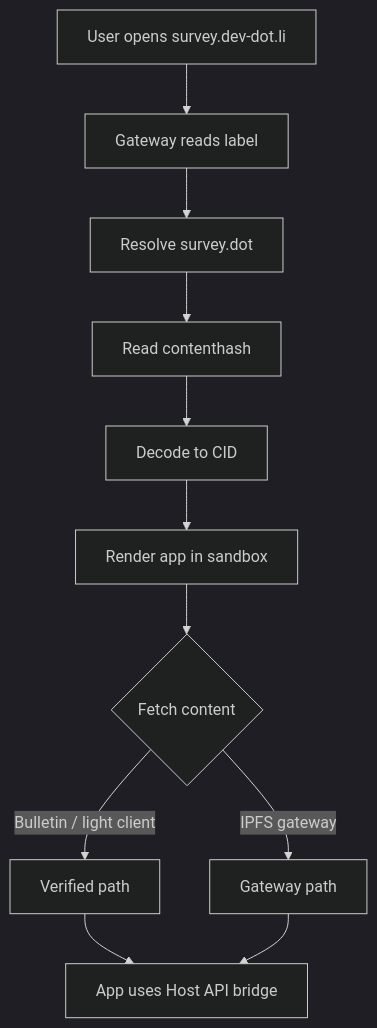
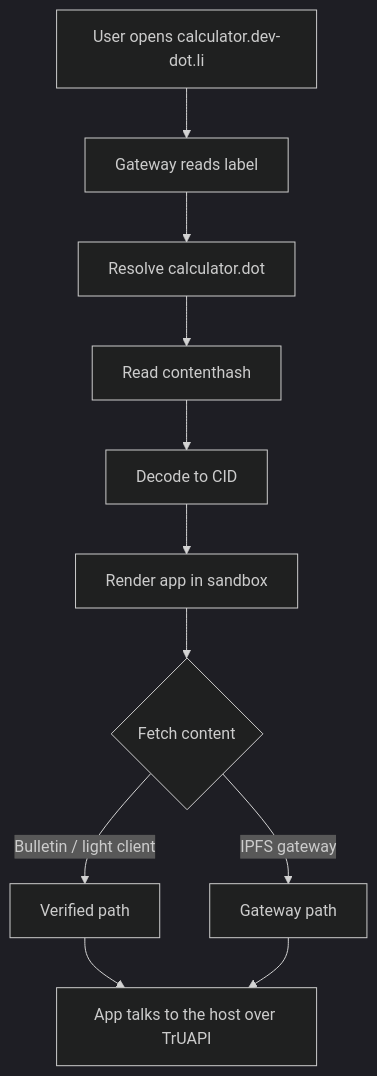
Before and after one commit to Polkadot-Community-Foundation/polkadot-app-docs: the second of 2 diagrams in docs/architecture/app-delivery.md, drawn with Mermaid (dark theme). The commit also changed other lines of this file and 42 other files, not shown here.

````diff
--- a/docs/architecture/app-delivery.md
+++ b/docs/architecture/app-delivery.md
@@ -91,13 +87,13 @@
 ```mermaid
 flowchart TD
-  U[User opens survey.dev-dot.li] --> H[Gateway reads label]
-  H --> R[Resolve survey.dot]
+  U[User opens calculator.dev-dot.li] --> H[Gateway reads label]
+  H --> R[Resolve calculator.dot]
   R --> C[Read contenthash]
   C --> D[Decode to CID]
   D --> IF[Render app in sandbox]
   IF --> FE{Fetch content}
   FE -->|Bulletin / light client| V[Verified path]
   FE -->|IPFS gateway| T[Gateway path]
-  V --> RN[App uses Host API bridge]
+  V --> RN[App talks to the host over TrUAPI]
   T --> RN
 ```
````
